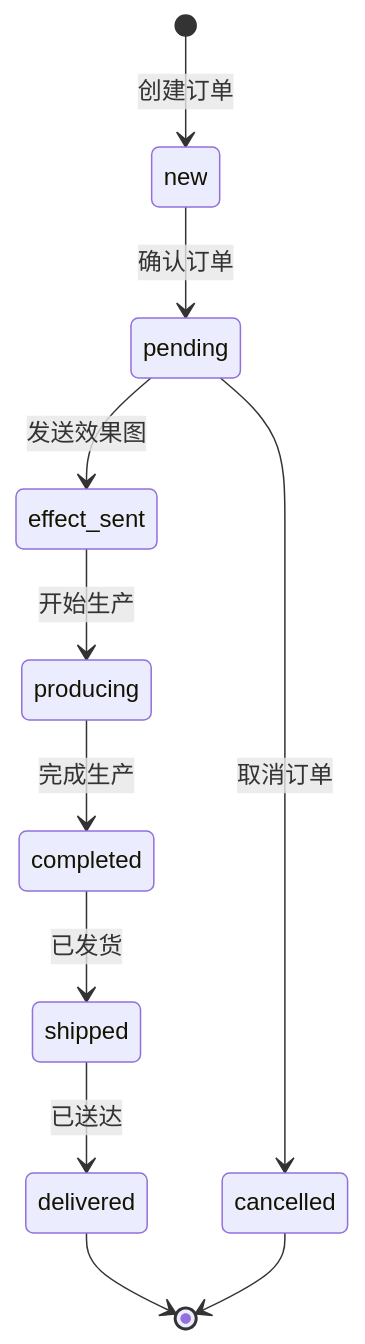
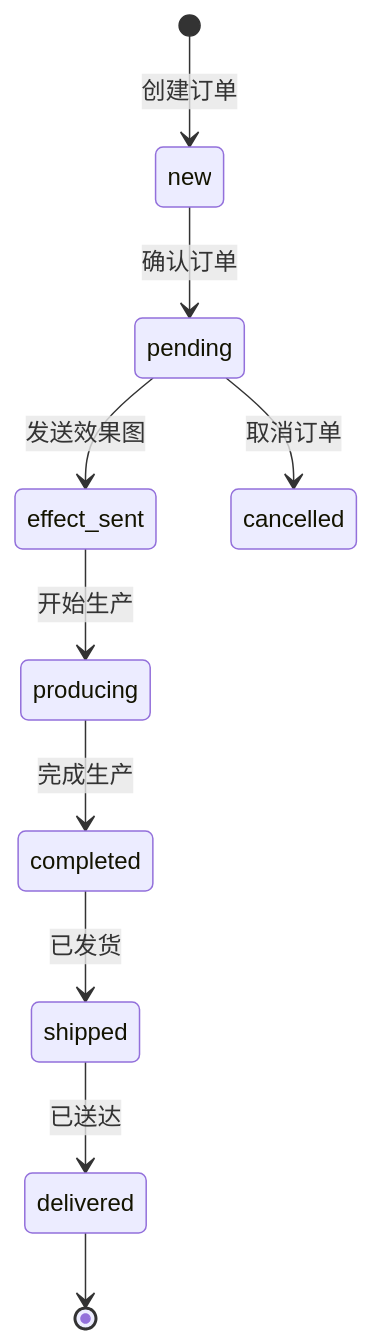
One commit to SY6621/POD-Order-Management changed the seventh of 18 diagrams in .qoder/repowiki/zh/content/开发指南/前后端API对接文档.md. Above: the diagram before and after it, drawn with Mermaid. The commit also changed other lines of this file and 15 other files, not shown here.

````diff
--- a/.qoder/repowiki/zh/content/开发指南/前后端API对接文档.md
+++ b/.qoder/repowiki/zh/content/开发指南/前后端API对接文档.md
@@ -734,13 +1109,12 @@
 ```mermaid
 stateDiagram-v2
 [*] --> new : 创建订单
 new --> pending : 确认订单
 pending --> effect_sent : 发送效果图
 effect_sent --> producing : 开始生产
 producing --> completed : 完成生产
 completed --> shipped : 已发货
 shipped --> delivered : 已送达
 delivered --> [*]
 pending --> cancelled : 取消订单
-cancelled --> [*]
 ```
````
